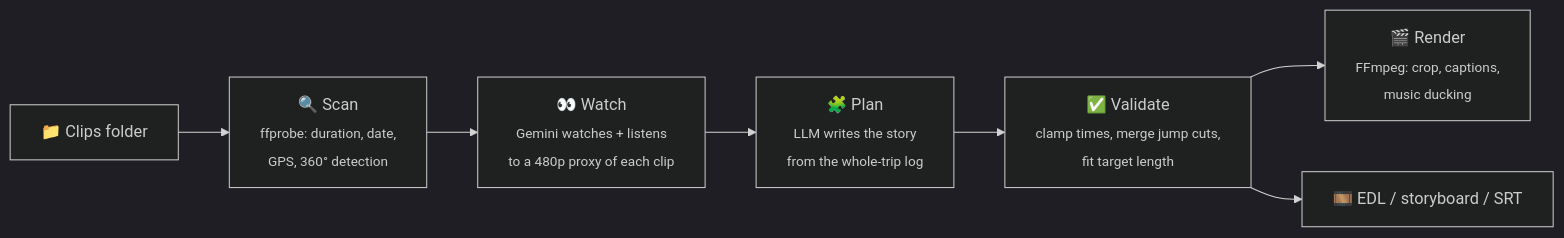
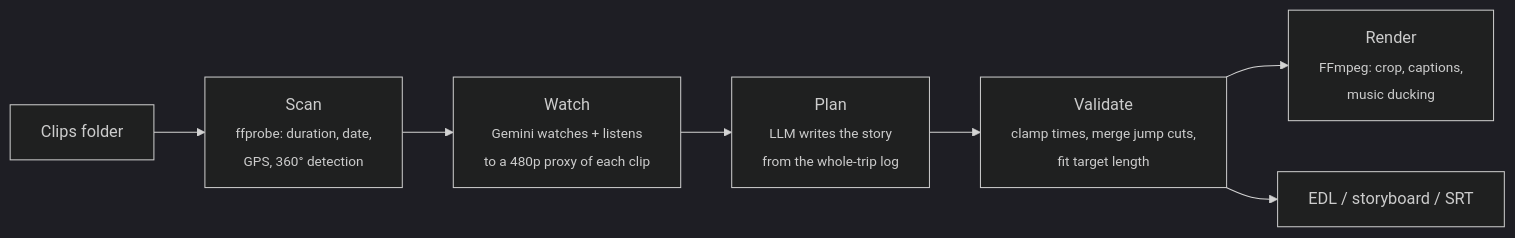
One commit to divyankrahoria/tripcut changed the first of 2 diagrams in README.md. Above: the diagram before and after it, drawn with Mermaid (dark theme). The commit also changed other lines of this file and 2 other files, not shown here.

````diff
--- a/README.md
+++ b/README.md
@@ -72,9 +72,9 @@
 ```mermaid
 flowchart LR
-    A[📁 Clips folder] --> B[🔍 Scan<br/><sub>ffprobe: duration, date,<br/>GPS, 360° detection</sub>]
-    B --> C[👀 Watch<br/><sub>Gemini watches + listens<br/>to a 480p proxy of each clip</sub>]
-    C --> D[🧩 Plan<br/><sub>LLM writes the story<br/>from the whole-trip log</sub>]
-    D --> E[✅ Validate<br/><sub>clamp times, merge jump cuts,<br/>fit target length</sub>]
-    E --> F[🎬 Render<br/><sub>FFmpeg: crop, captions,<br/>music ducking</sub>]
-    E --> G[🎞️ EDL / storyboard / SRT]
+    A[Clips folder] --> B[Scan<br/><sub>ffprobe: duration, date,<br/>GPS, 360° detection</sub>]
+    B --> C[Watch<br/><sub>Gemini watches + listens<br/>to a 480p proxy of each clip</sub>]
+    C --> D[Plan<br/><sub>LLM writes the story<br/>from the whole-trip log</sub>]
+    D --> E[Validate<br/><sub>clamp times, merge jump cuts,<br/>fit target length</sub>]
+    E --> F[Render<br/><sub>FFmpeg: crop, captions,<br/>music ducking</sub>]
+    E --> G[EDL / storyboard / SRT]
 ```
````
